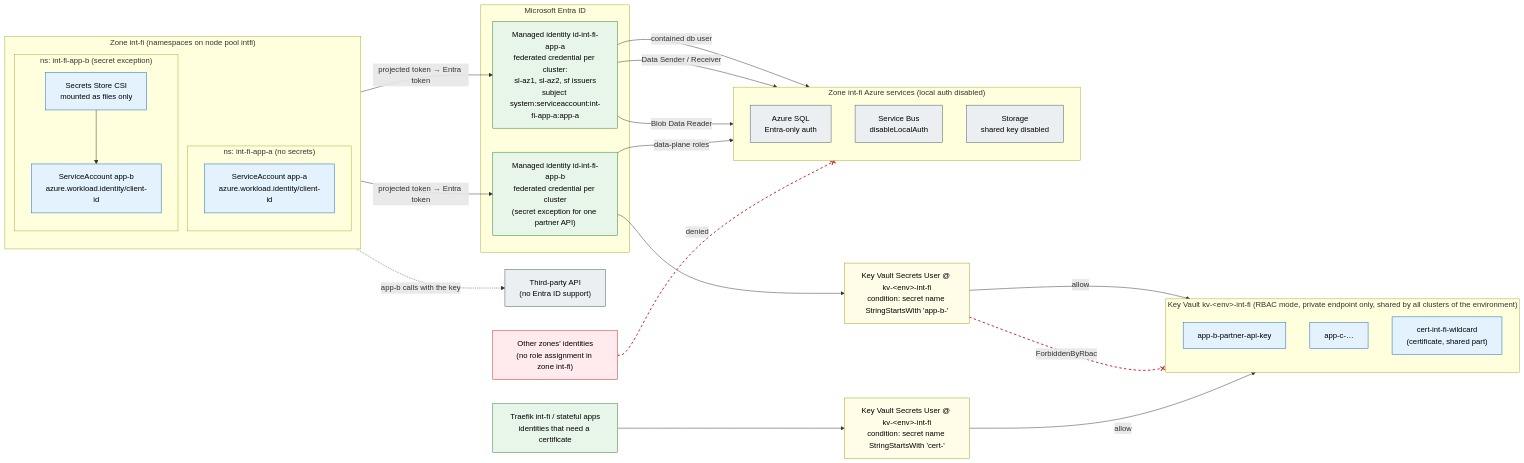
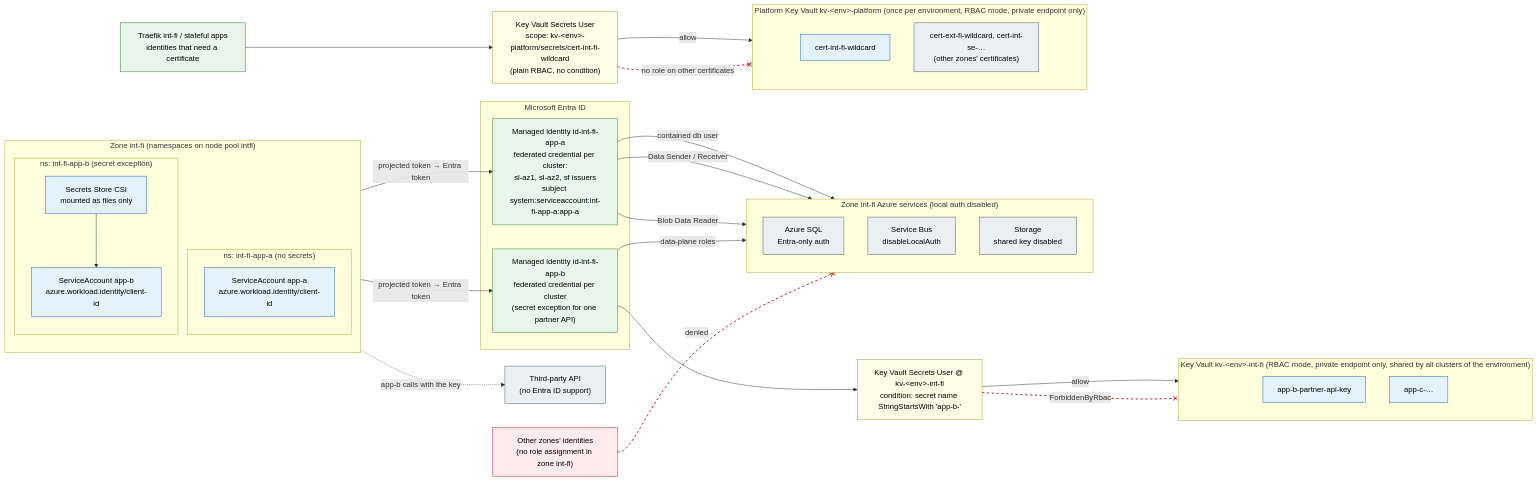
Before and after one commit to olljanat-ai/aks-design: the diagram in diagrams/06-key-vault-abac.mmd, drawn with Mermaid. The commit also changed 12 other files, not shown here.

First line of the commit message:
Add a shared platform Key Vault per environment for certificates

```diff
--- a/diagrams/06-key-vault-abac.mmd
+++ b/diagrams/06-key-vault-abac.mmd
@@ -1,66 +1,74 @@
 %% Workload identity first: applications authenticate to Azure services with Entra ID (no keys, local auth disabled).
-%% Key Vault holds secrets only for targets without Entra ID, separated per application with RBAC + ABAC conditions.
+%% The zone Key Vault holds secrets only for targets without Entra ID, separated per application with RBAC + ABAC conditions.
+%% Certificates live in the per-environment platform Key Vault, readable with plain RBAC scoped to single certificates.
 flowchart LR
     subgraph ZONE["Zone int-fi (namespaces on node pool intfi)"]
         direction TB
         subgraph NSA["ns: int-fi-app-a (no secrets)"]
             saA["ServiceAccount app-a<br/>azure.workload.identity/client-id"]
         end
         subgraph NSB["ns: int-fi-app-b (secret exception)"]
             saB["ServiceAccount app-b<br/>azure.workload.identity/client-id"]
             csiB["Secrets Store CSI<br/>mounted as files only"]
         end
     end
 
     subgraph ENTRA["Microsoft Entra ID"]
         miA["Managed identity id-int-fi-app-a<br/>federated credential per cluster:<br/>sl-az1, sl-az2, sf issuers<br/>subject system:serviceaccount:int-fi-app-a:app-a"]
         miB["Managed identity id-int-fi-app-b<br/>federated credential per cluster<br/>(secret exception for one partner API)"]
     end
 
     subgraph PAAS["Zone int-fi Azure services (local auth disabled)"]
         direction TB
         sql["Azure SQL<br/>Entra-only auth"]
         sb["Service Bus<br/>disableLocalAuth"]
         st["Storage<br/>shared key disabled"]
     end
 
     subgraph KV["Key Vault kv-&lt;env&gt;-int-fi (RBAC mode, private endpoint only, shared by all clusters of the environment)"]
         direction TB
         sB1["app-b-partner-api-key"]
         sX["app-c-…"]
-        cert["cert-int-fi-wildcard<br/>(certificate, shared part)"]
+    end
+
+    subgraph PKV["Platform Key Vault kv-&lt;env&gt;-platform (once per environment, RBAC mode, private endpoint only)"]
+        direction TB
+        cert["cert-int-fi-wildcard"]
+        certO["cert-ext-fi-wildcard, cert-int-se-…<br/>(other zones' certificates)"]
     end
 
     tr["Traefik int-fi / stateful apps<br/>identities that need a certificate"]
-    raC["Key Vault Secrets User @ kv-&lt;env&gt;-int-fi<br/>condition: secret name StringStartsWith 'cert-'"]
+    raC["Key Vault Secrets User<br/>scope: kv-&lt;env&gt;-platform/secrets/cert-int-fi-wildcard<br/>(plain RBAC, no condition)"]
 
     ext["Third-party API<br/>(no Entra ID support)"]
 
     raB["Key Vault Secrets User @ kv-&lt;env&gt;-int-fi<br/>condition: secret name StringStartsWith 'app-b-'"]
 
     saA -->|"projected token → Entra token"| miA
     miA -->|"contained db user"| sql
     miA -->|"Data Sender / Receiver"| sb
     miA -->|"Blob Data Reader"| st
     csiB --> saB -->|"projected token → Entra token"| miB
     miB -->|"data-plane roles"| sql
     miB --> raB -->|"allow"| sB1
     raB -.-x|"ForbiddenByRbac"| sX
     csiB -.->|"app-b calls with the key"| ext
 
     other["Other zones' identities<br/>(no role assignment in zone int-fi)"] -.-x|"denied"| PAAS
     tr --> raC -->|"allow"| cert
-    linkStyle 9,11 stroke:#c62828,stroke-width:2px,stroke-dasharray:5 5
+    raC -.-x|"no role on other certificates"| certO
+    linkStyle 9,11,14 stroke:#c62828,stroke-width:2px,stroke-dasharray:5 5
 
     classDef int fill:#e3f2fd,stroke:#1565c0,color:#000
     classDef id fill:#e8f5e9,stroke:#2e7d32,color:#000
     classDef note fill:#fffde7,stroke:#9e9d24,color:#000
     classDef paas fill:#eceff1,stroke:#455a64,color:#000
     classDef off fill:#ffebee,stroke:#c62828,color:#000
     class saA,saB,csiB,sB1,sX int
     class miA,miB id
     class raB,raC note
     class cert int
+    class certO paas
     class tr id
     class sql,sb,st,ext paas
     class other off
```
